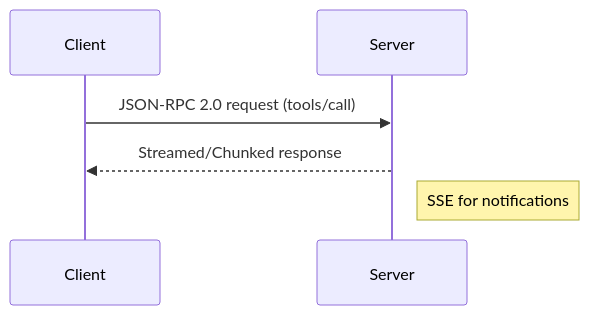
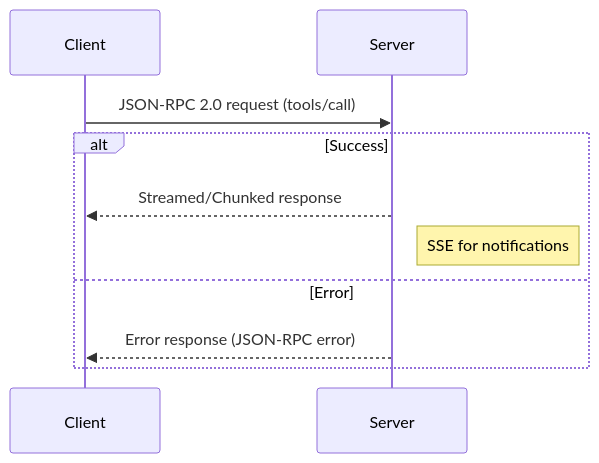
One commit to markbsigler/CodePipeline-MCP changed the third of 10 diagrams in README.md. Above: the diagram before and after it, drawn with Mermaid. The commit also changed other lines of this file, not shown here.

First line of the commit message:
docs(diagrams): update and expand all Mermaid diagrams for authentication, tool mapping, protocol, error handling, observability, and security flows

````diff
--- a/README.md
+++ b/README.md
@@ -292,8 +299,12 @@
 ```mermaid
 sequenceDiagram
     participant Client
     participant Server
     Client->>Server: JSON-RPC 2.0 request (tools/call)
-    Server-->>Client: Streamed/Chunked response
-    Note right of Server: SSE for notifications
+    alt Success
+        Server-->>Client: Streamed/Chunked response
+        Note right of Server: SSE for notifications
+    else Error
+        Server-->>Client: Error response (JSON-RPC error)
+    end
 ```
````
